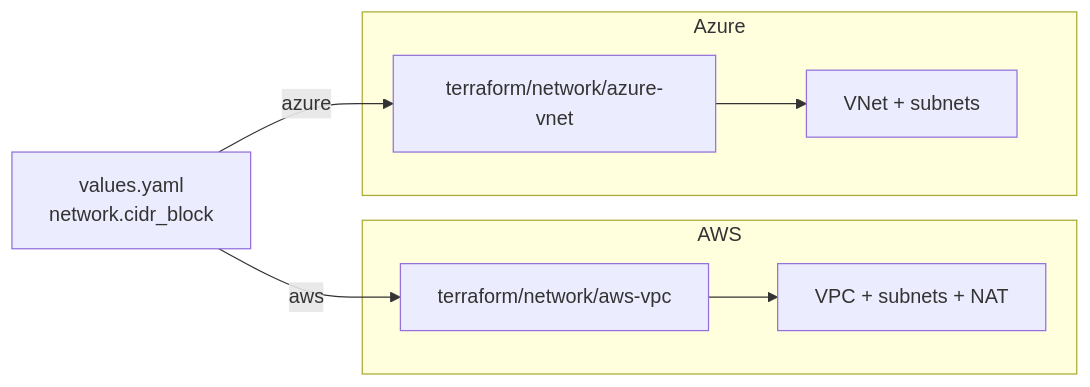
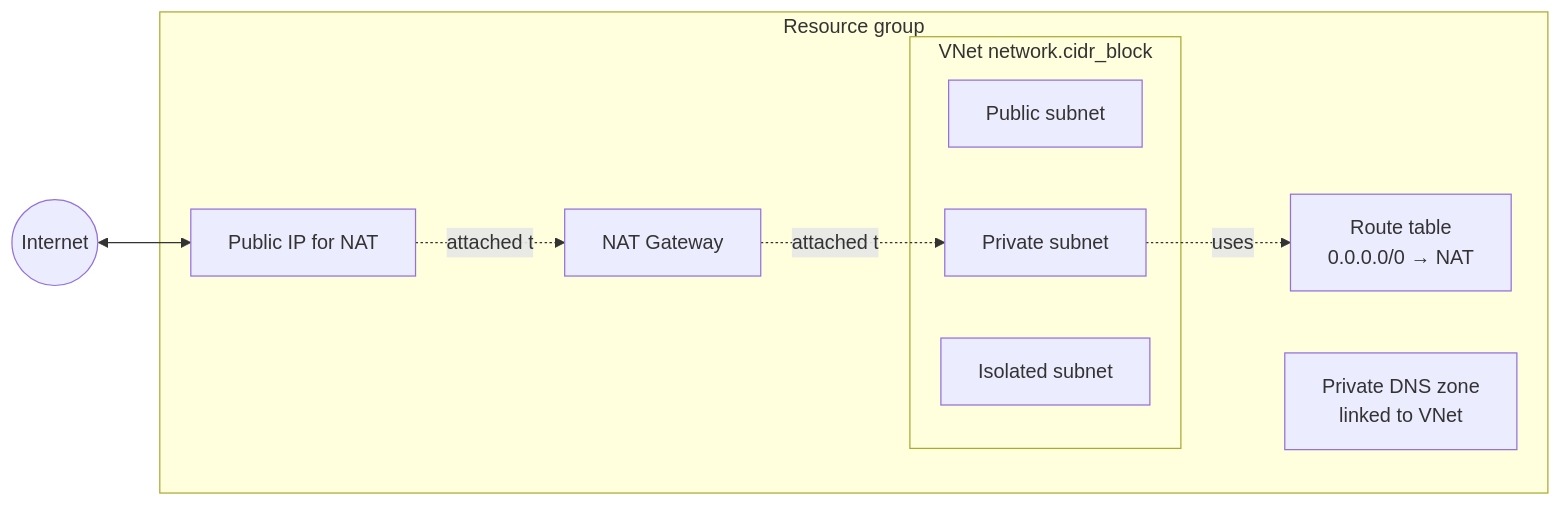
The second of 2 diagrams in terraform/network/README.md (windsorcli/core), drawn with Mermaid before and after one commit. The commit also changed other lines of this file and 7 other files, not shown here.

Commit message:
chore(docs): enhance README files with updated architecture diagrams and detailed module descriptions across Terraform categories

````diff
--- a/terraform/network/README.md
+++ b/terraform/network/README.md
@@ -19,19 +76,22 @@
 ```mermaid
 flowchart LR
-  values[values.yaml<br/>network.cidr_block]
+  internet((Internet))
 
-  subgraph awspath[AWS]
-    tfVpc[terraform/network/aws-vpc]
-    vpc[VPC + subnets + NAT]
+  subgraph rg[Resource group]
+    subgraph vnet[VNet network.cidr_block]
+      pub[Public subnet]
+      priv[Private subnet]
+      iso[Isolated subnet]
+    end
+
+    natGw[NAT Gateway]
+    natIp[Public IP for NAT]
+    rtPriv[Route table<br/>0.0.0.0/0 → NAT]
+    pdns[Private DNS zone<br/>linked to VNet]
   end
 
-  subgraph azurepath[Azure]
-    tfVnet[terraform/network/azure-vnet]
-    vnet[VNet + subnets]
-  end
-
-  values -->|aws| tfVpc
-  values -->|azure| tfVnet
-  tfVpc --> vpc
-  tfVnet --> vnet
+  internet <--> natIp
+  natIp -.attached to.-> natGw
+  natGw -.attached to.-> priv
+  priv -.uses.-> rtPriv
 ```
````
